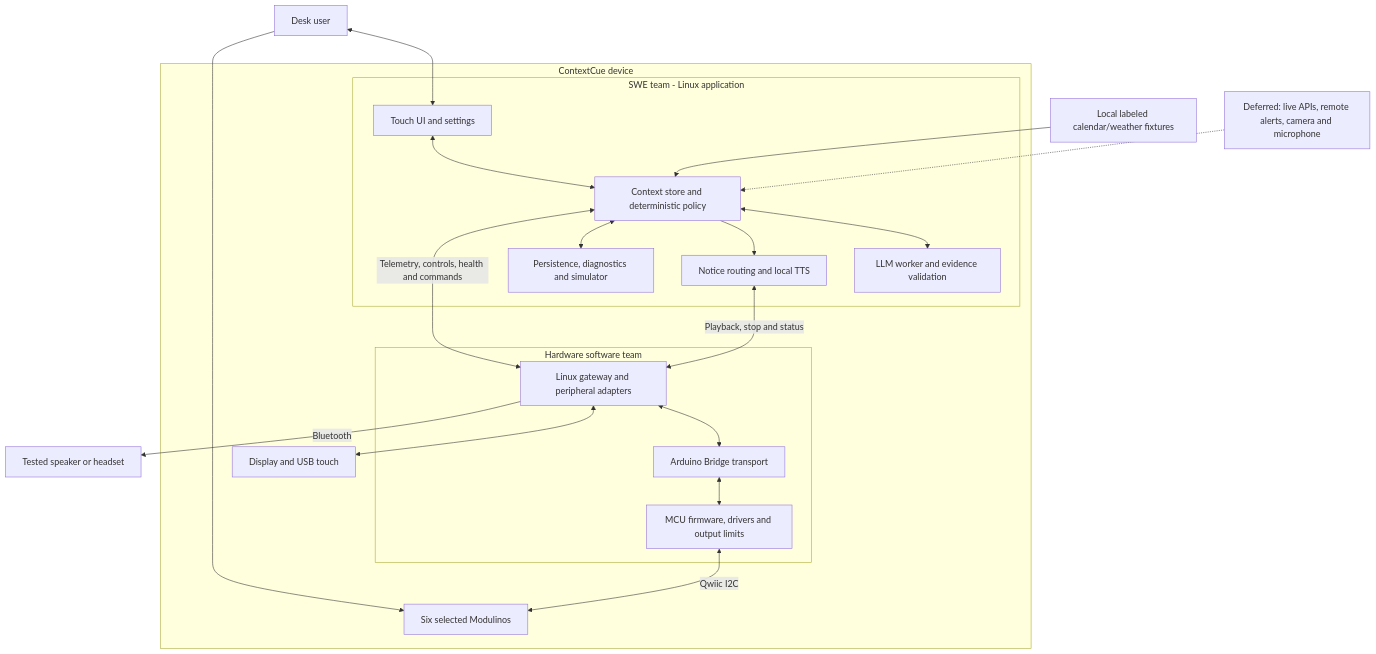
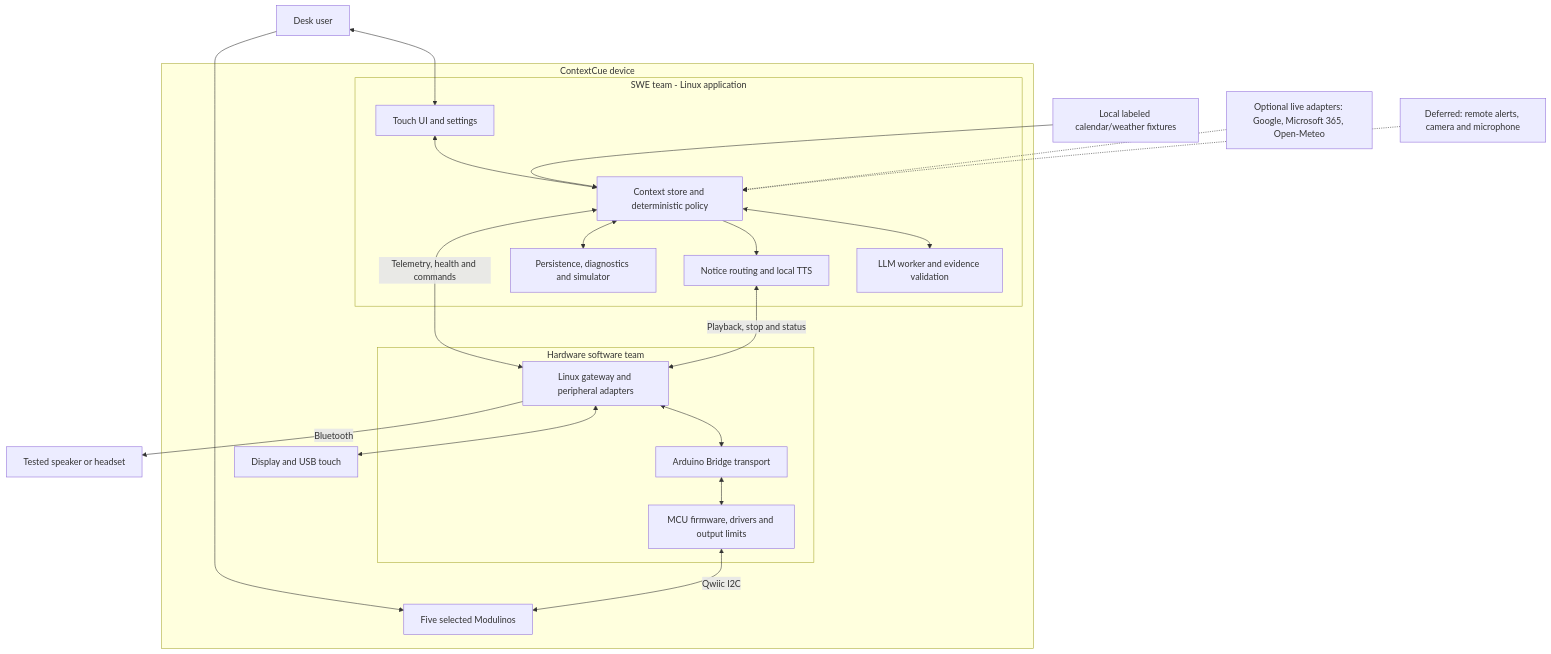
Before and after one commit to ejaifeobuks/ContextCue: the first of 3 diagrams in docs/requirements/ContextCue_Software_Baseline_v1.md, drawn with Mermaid. The commit also changed other lines of this file and 3 other files, not shown here.

First line of the commit message:
Update software baseline to v1.1 and fix architecture doc inconsistencies

````diff
--- a/docs/requirements/ContextCue_Software_Baseline_v1.md
+++ b/docs/requirements/ContextCue_Software_Baseline_v1.md
@@ -30,34 +30,35 @@
 ```mermaid
 flowchart TB
   Person[Desk user]
   subgraph Device[ContextCue device]
     subgraph SWE[SWE team - Linux application]
       UI[Touch UI and settings]
       Core[Context store and deterministic policy]
       Model[LLM worker and evidence validation]
       Router[Notice routing and local TTS]
       Store[Persistence, diagnostics and simulator]
       UI <--> Core
       Core <--> Model
       Core --> Router
       Core <--> Store
     end
     subgraph HW[Hardware software team]
       Gateway[Linux gateway and peripheral adapters]
       Bridge[Arduino Bridge transport]
       MCU[MCU firmware, drivers and output limits]
       Gateway <--> Bridge
       Bridge <--> MCU
     end
-    Core <-->|Telemetry, controls, health and commands| Gateway
+    Core <-->|Telemetry, health and commands| Gateway
     Router <-->|Playback, stop and status| Gateway
-    MCU <-->|Qwiic I2C| Panel[Six selected Modulinos]
+    MCU <-->|Qwiic I2C| Panel[Five selected Modulinos]
     Gateway <--> Screen[Display and USB touch]
   end
   Person <--> UI
   Person --> Panel
   Gateway -->|Bluetooth| Speaker[Tested speaker or headset]
   Fixtures[Local labeled calendar/weather fixtures] --> Core
-  Deferred[Deferred: live APIs, remote alerts, camera and microphone]
+  Live[Optional live adapters: Google, Microsoft 365, Open-Meteo] -.-> Core
+  Deferred[Deferred: remote alerts, camera and microphone]
   Deferred -.-> Core
 ```
````
